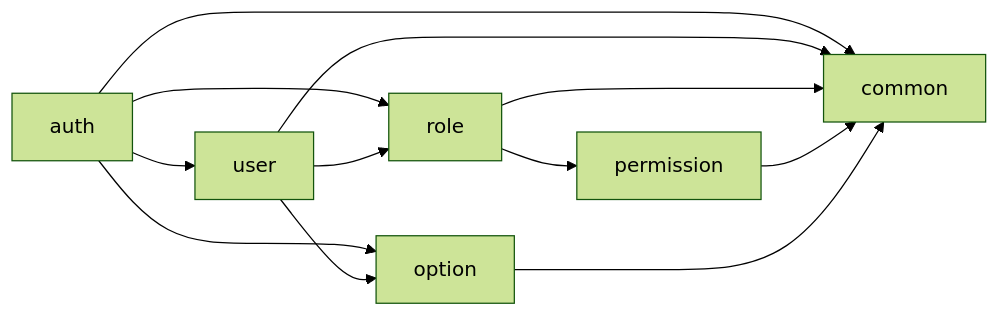
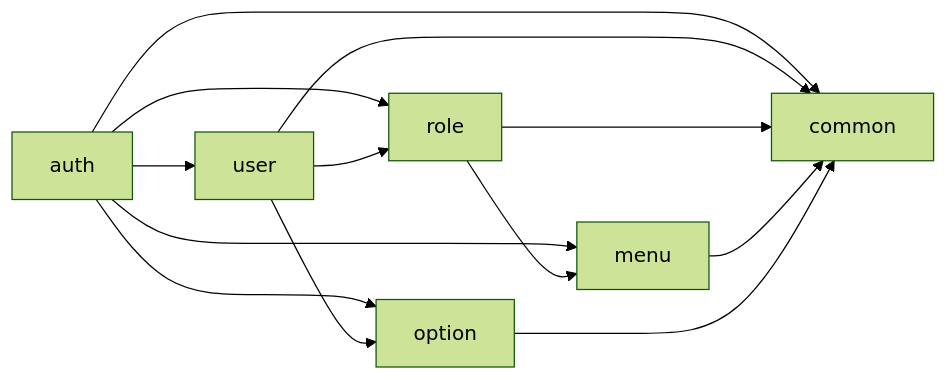
The diagram in backend/readme.md (LLP2333/IDP), drawn with Mermaid (forest theme) before and after one commit. The commit also changed other lines of this file and 66 other files, not shown here.

````diff
--- a/backend/readme.md
+++ b/backend/readme.md
@@ -55,14 +55,15 @@
 ```mermaid
 flowchart LR
   auth --> user
   auth --> role
   auth --> option
+  auth --> menu
   auth --> common
   user --> role
   user --> option
   user --> common
-  role --> permission
+  role --> menu
   role --> common
-  permission --> common
+  menu --> common
   option --> common
 ```
````
